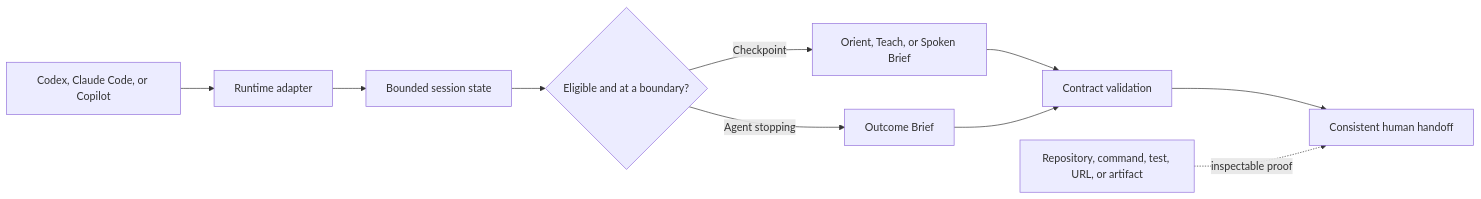
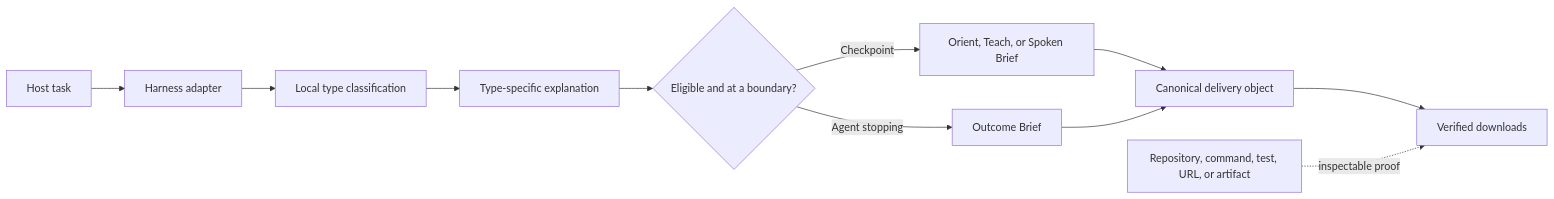
The diagram in README.md (MauricioVieiraBraga/brief-spec), drawn with Mermaid before and after one commit. The commit also changed other lines of this file and 91 other files, not shown here.

````diff
--- a/README.md
+++ b/README.md
@@ -174,12 +208,13 @@
 ```mermaid
 flowchart LR
-    A["Codex, Claude Code, or Copilot"] --> B["Runtime adapter"]
-    B --> C["Bounded session state"]
-    C --> D{"Eligible and at a boundary?"}
-    D -->|"Checkpoint"| E["Orient, Teach, or Spoken Brief"]
-    D -->|"Agent stopping"| F["Outcome Brief"]
-    E --> G["Contract validation"]
-    F --> G
-    G --> H["Consistent human handoff"]
-    I["Repository, command, test, URL, or artifact"] -. "inspectable proof" .-> H
+    A["Host task"] --> B["Harness adapter"]
+    B --> C["Local type classification"]
+    C --> D["Type-specific explanation"]
+    D --> E{"Eligible and at a boundary?"}
+    E -->|"Checkpoint"| F["Orient, Teach, or Spoken Brief"]
+    E -->|"Agent stopping"| G["Outcome Brief"]
+    F --> H["Canonical delivery object"]
+    G --> H
+    H --> I["Verified downloads"]
+    J["Repository, command, test, URL, or artifact"] -. "inspectable proof" .-> I
 ```
````
